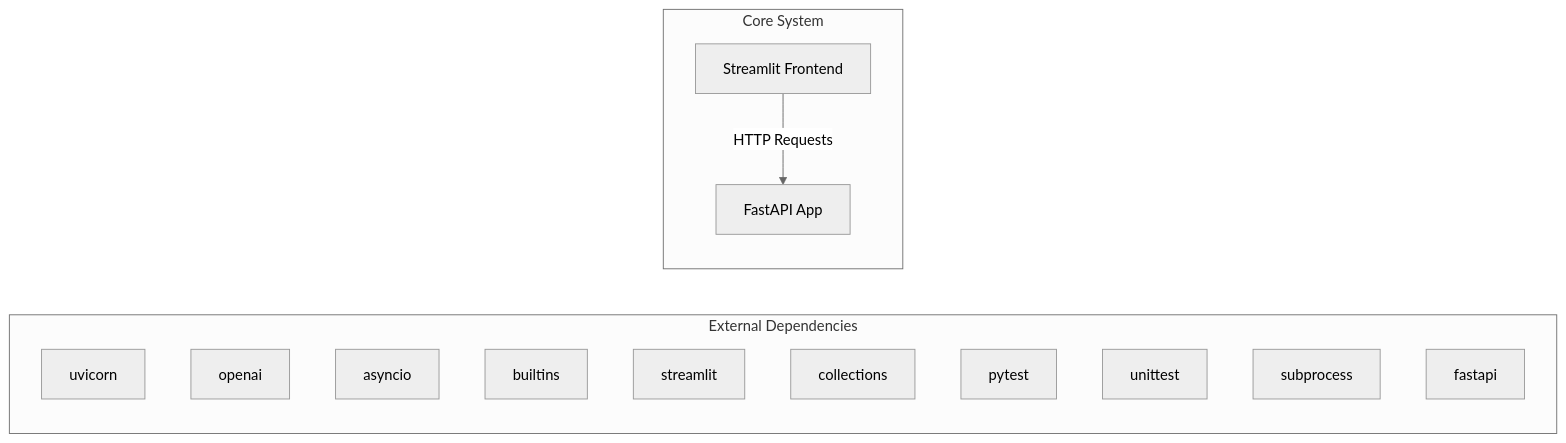
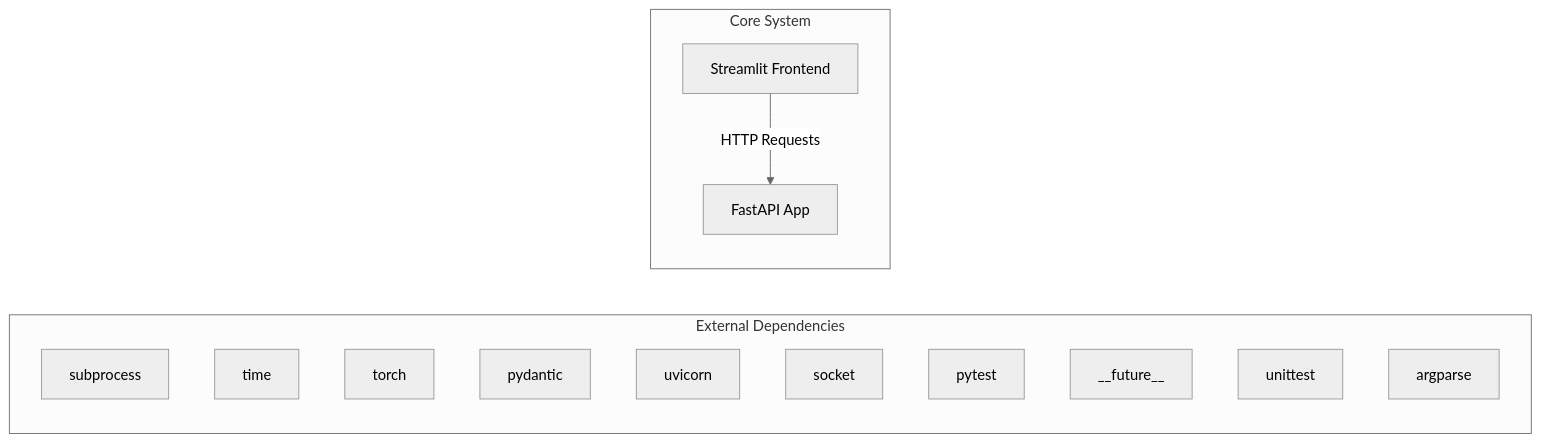
One commit to NITISH-R-G/rag-context-optimizer changed the first of 2 diagrams in docs/architecture.md. Above: the diagram before and after it, drawn with Mermaid (neutral theme). The commit also changed 1 other file, not shown here.

Commit message:
docs: auto-update repository knowledge, architecture diagrams, and documentation

````diff
--- a/docs/architecture.md
+++ b/docs/architecture.md
@@ -7,20 +7,20 @@
 ```mermaid
 graph LR
     subgraph External Dependencies
-        E0["uvicorn"]
-        E1["openai"]
-        E2["asyncio"]
-        E3["builtins"]
-        E4["streamlit"]
-        E5["collections"]
+        E0["subprocess"]
+        E1["time"]
+        E2["torch"]
+        E3["pydantic"]
+        E4["uvicorn"]
+        E5["socket"]
         E6["pytest"]
-        E7["unittest"]
-        E8["subprocess"]
-        E9["fastapi"]
+        E7["__future__"]
+        E8["unittest"]
+        E9["argparse"]
     end
     subgraph Core System
         API["FastAPI App"]
         UI["Streamlit Frontend"]
     end
     UI -->|HTTP Requests| API
 ```
````
